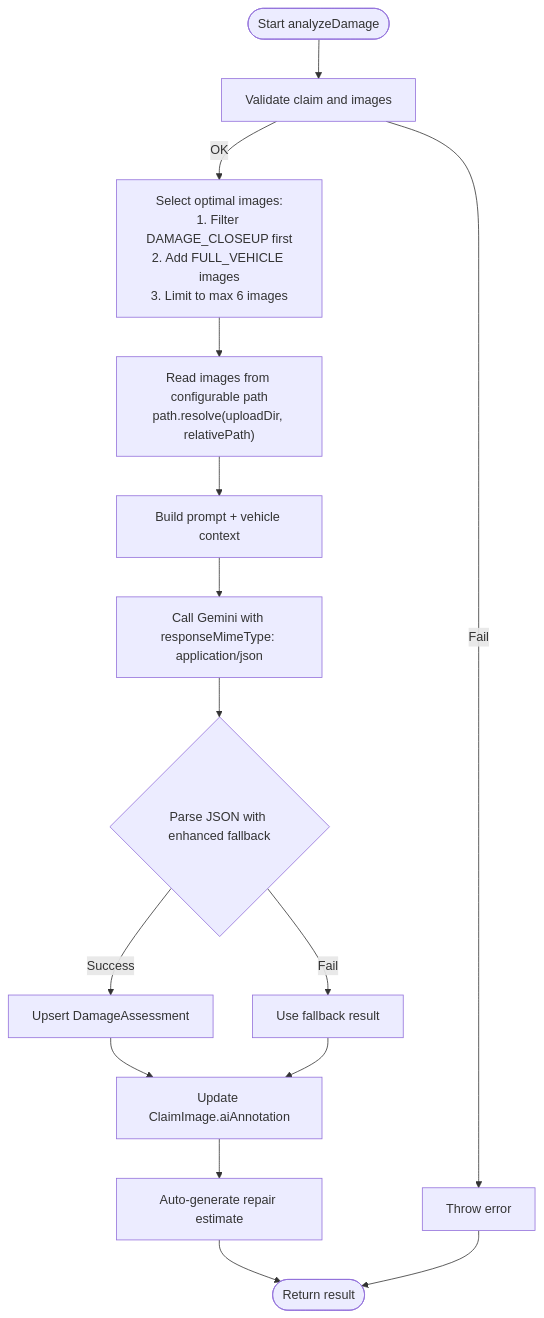
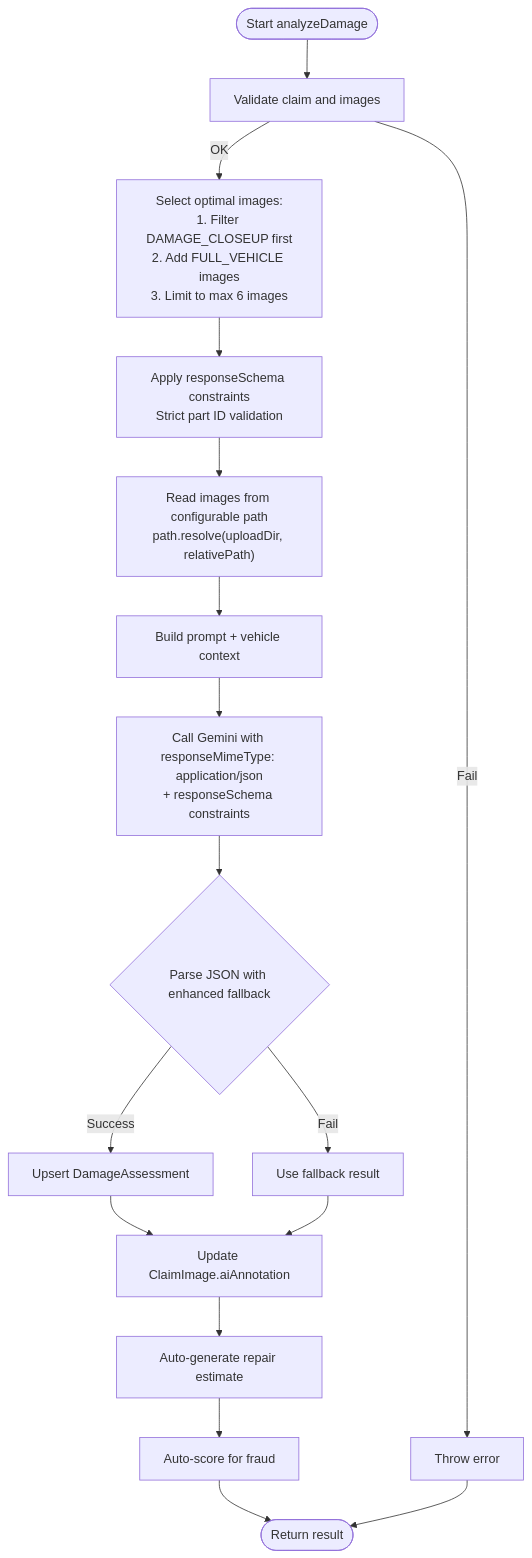
Before and after one commit to NaveenHiranya/Smart-Vehicle-Insurance-Claim-System: the third of 6 diagrams in .qoder/repowiki/en/content/Backend Documentation/Business Logic & Services/Damage Analysis Service.md, drawn with Mermaid. The commit also changed other lines of this file and 17 other files, not shown here.

Commit message:
feat: Fraud Score

````diff
--- a/.qoder/repowiki/en/content/Backend Documentation/Business Logic & Services/Damage Analysis Service.md
+++ b/.qoder/repowiki/en/content/Backend Documentation/Business Logic & Services/Damage Analysis Service.md
@@ -150,17 +165,19 @@
 ```mermaid
 flowchart TD
 Start(["Start analyzeDamage"]) --> Validate["Validate claim and images"]
 Validate --> |OK| ImageSelect["Select optimal images:<br/>1. Filter DAMAGE_CLOSEUP first<br/>2. Add FULL_VEHICLE images<br/>3. Limit to max 6 images"]
 Validate --> |Fail| Err["Throw error"]
-ImageSelect --> Prepare["Read images from configurable path<br/>path.resolve(uploadDir, relativePath)"]
+ImageSelect --> Schema["Apply responseSchema constraints<br/>Strict part ID validation"]
+Schema --> Prepare["Read images from configurable path<br/>path.resolve(uploadDir, relativePath)"]
 Prepare --> Prompt["Build prompt + vehicle context"]
-Prompt --> Call["Call Gemini with responseMimeType: application/json"]
+Prompt --> Call["Call Gemini with responseMimeType: application/json<br/>+ responseSchema constraints"]
 Call --> Parse{"Parse JSON with enhanced fallback"}
 Parse --> |Success| Persist["Upsert DamageAssessment"]
 Parse --> |Fail| Fallback["Use fallback result"]
 Persist --> Annotate["Update ClaimImage.aiAnnotation"]
 Fallback --> Annotate
 Annotate --> AutoEstimate["Auto-generate repair estimate"]
-AutoEstimate --> End(["Return result"])
+AutoEstimate --> AutoFraud["Auto-score for fraud"]
+AutoFraud --> End(["Return result"])
 Err --> End
 ```
````
